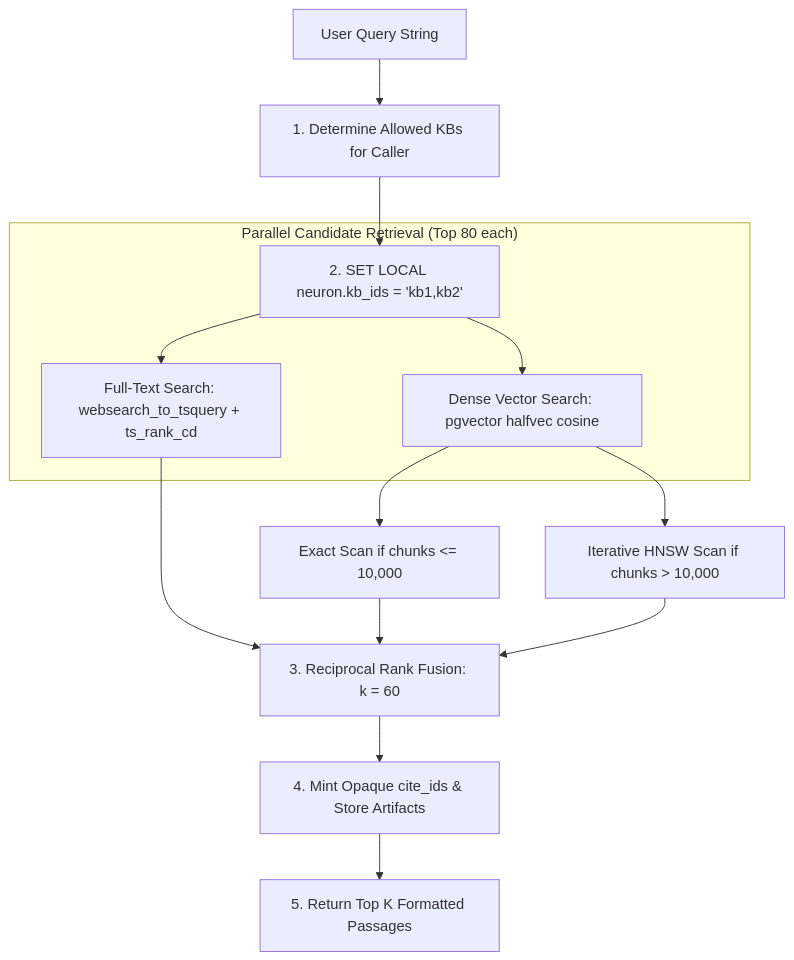
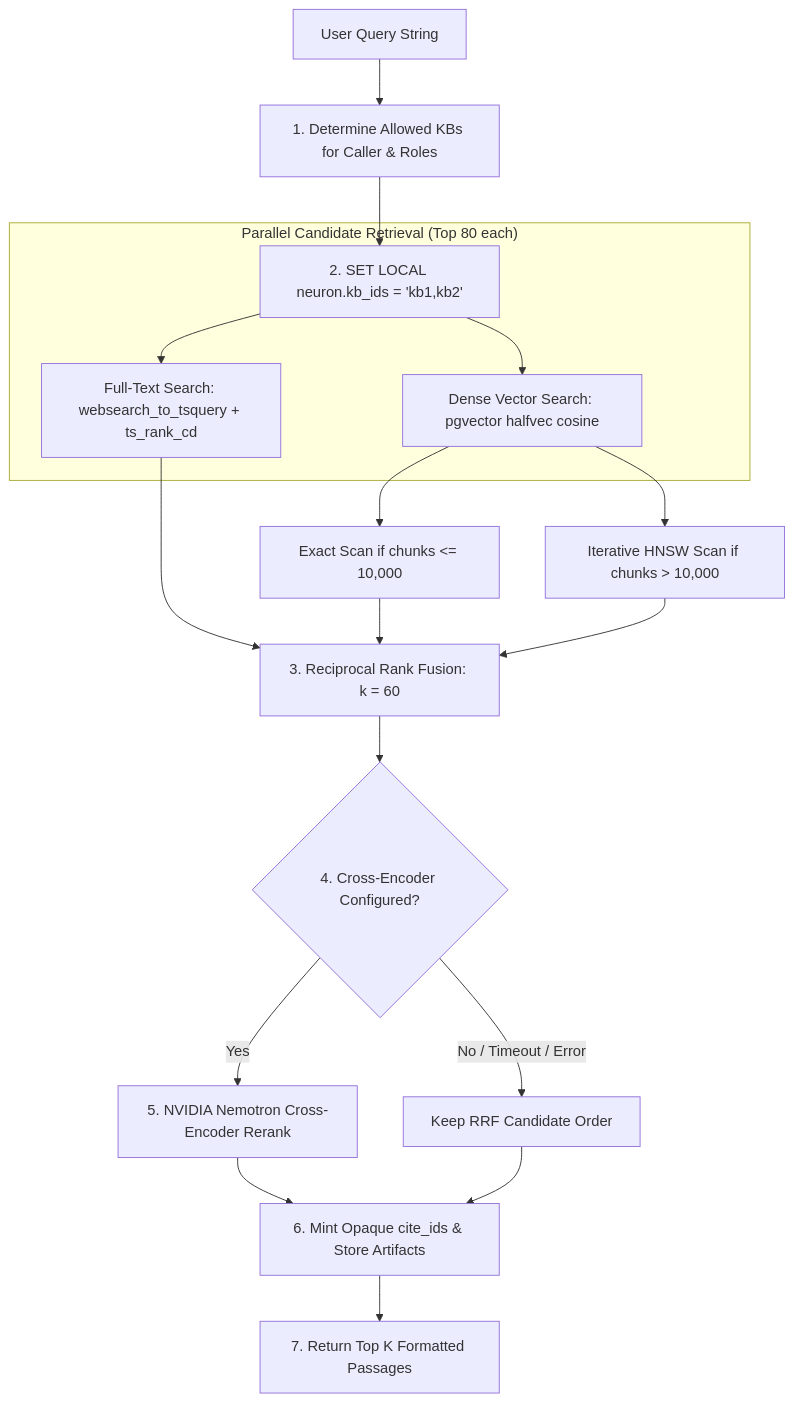
The second of 3 diagrams in docs/product_documentation/explanation/knowledge-engine-internals.md (Md-Nisar/neuron), drawn with Mermaid before and after one commit. The commit also changed other lines of this file and 16 other files, not shown here.

````diff
--- a/docs/product_documentation/explanation/knowledge-engine-internals.md
+++ b/docs/product_documentation/explanation/knowledge-engine-internals.md
@@ -62,20 +63,25 @@
 ```mermaid
 graph TD
-    Query[User Query String] --> AuthFilter[1. Determine Allowed KBs for Caller]
+    Query[User Query String] --> AuthFilter[1. Determine Allowed KBs for Caller & Roles]
     AuthFilter --> SetRLS["2. SET LOCAL neuron.kb_ids = 'kb1,kb2'"]
     
     subgraph DualRetrieval ["Parallel Candidate Retrieval (Top 80 each)"]
         SetRLS --> FTS[Full-Text Search: websearch_to_tsquery + ts_rank_cd]
         SetRLS --> Dense[Dense Vector Search: pgvector halfvec cosine]
     end
 
     Dense --> ExactScan[Exact Scan if chunks <= 10,000]
     Dense --> HNSWScan[Iterative HNSW Scan if chunks > 10,000]
 
     FTS --> RRF[3. Reciprocal Rank Fusion: k = 60]
     ExactScan --> RRF
     HNSWScan --> RRF
     
-    RRF --> Mint[4. Mint Opaque cite_ids & Store Artifacts]
-    Mint --> ReturnHits[5. Return Top K Formatted Passages]
+    RRF --> RerankerCheck{4. Cross-Encoder Configured?}
+    RerankerCheck -->|Yes| CrossEncoder[5. NVIDIA Nemotron Cross-Encoder Rerank]
+    RerankerCheck -->|No / Timeout / Error| FallbackRRF[Keep RRF Candidate Order]
+    
+    CrossEncoder --> Mint[6. Mint Opaque cite_ids & Store Artifacts]
+    FallbackRRF --> Mint
+    Mint --> ReturnHits[7. Return Top K Formatted Passages]
 ```
````
